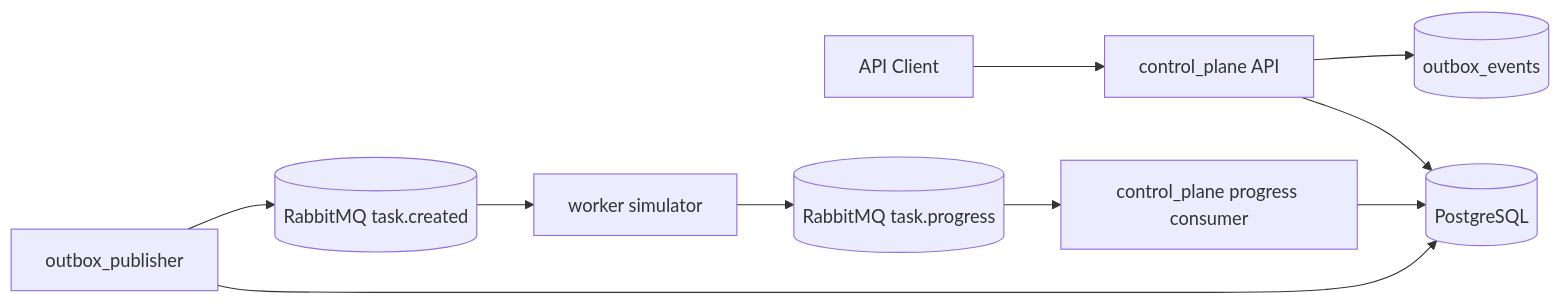
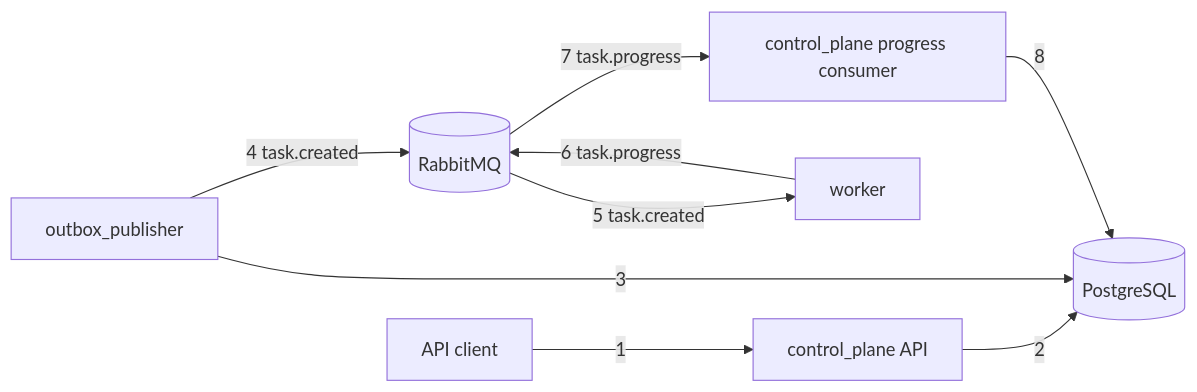
One commit to kamalsonijpr/tenant-provisiner changed the diagram in README.md. Above: the diagram before and after it, drawn with Mermaid. The commit also changed other lines of this file and 3 other files, not shown here.

````diff
--- a/README.md
+++ b/README.md
@@ -7,12 +7,11 @@
 ```mermaid
 flowchart LR
-    Client[API Client] --> API[control_plane API]
-    API --> DB[(PostgreSQL)]
-    API --> Outbox[(outbox_events)]
-    OutboxPublisher[outbox_publisher] --> DB
-    OutboxPublisher --> TaskQueue[(RabbitMQ task.created)]
-    TaskQueue --> Worker[worker simulator]
-    Worker --> ProgressQueue[(RabbitMQ task.progress)]
-    ProgressQueue --> ProgressConsumer[control_plane progress consumer]
-    ProgressConsumer --> DB
+    Client[API client] -- 1 --> CP[control_plane API]
+    CP -- 2 --> DB[(PostgreSQL)]
+    OBP[outbox_publisher] -- 3 --> DB
+    OBP -->| 4 task.created| MQ[(RabbitMQ)]
+    MQ -->| 5 task.created| W[worker]
+    W -->| 6 task.progress| MQ
+    MQ -->| 7 task.progress| PC[control_plane progress consumer]
+    PC -- 8 --> DB
 ```
````
